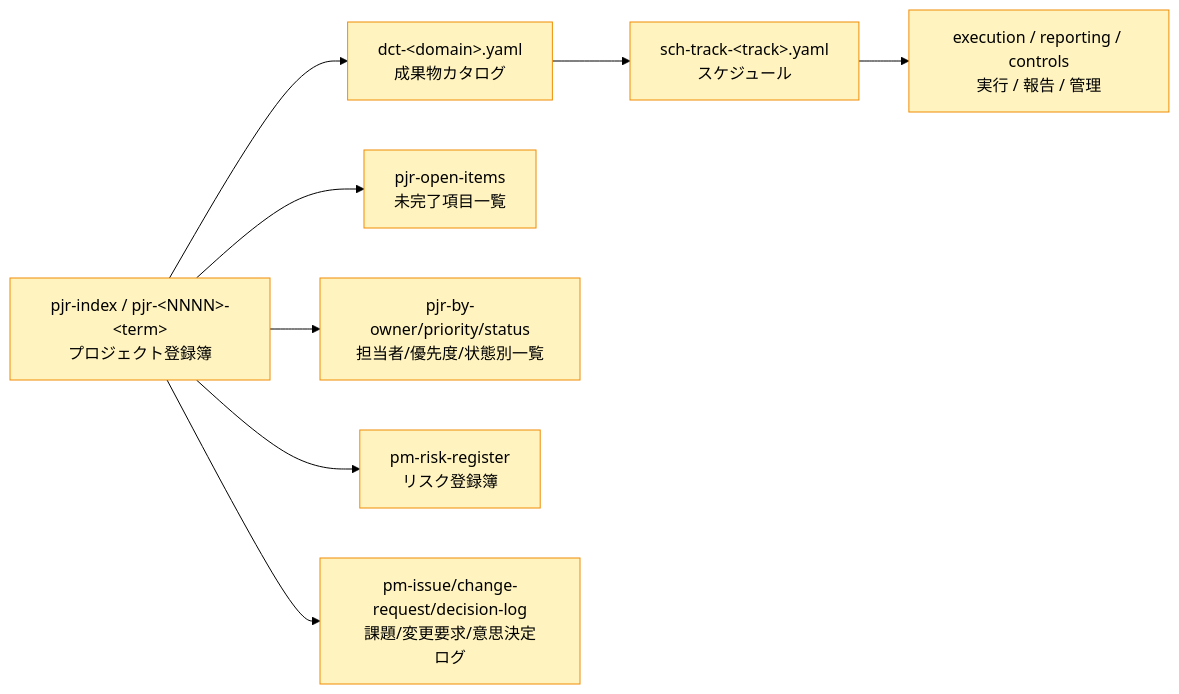
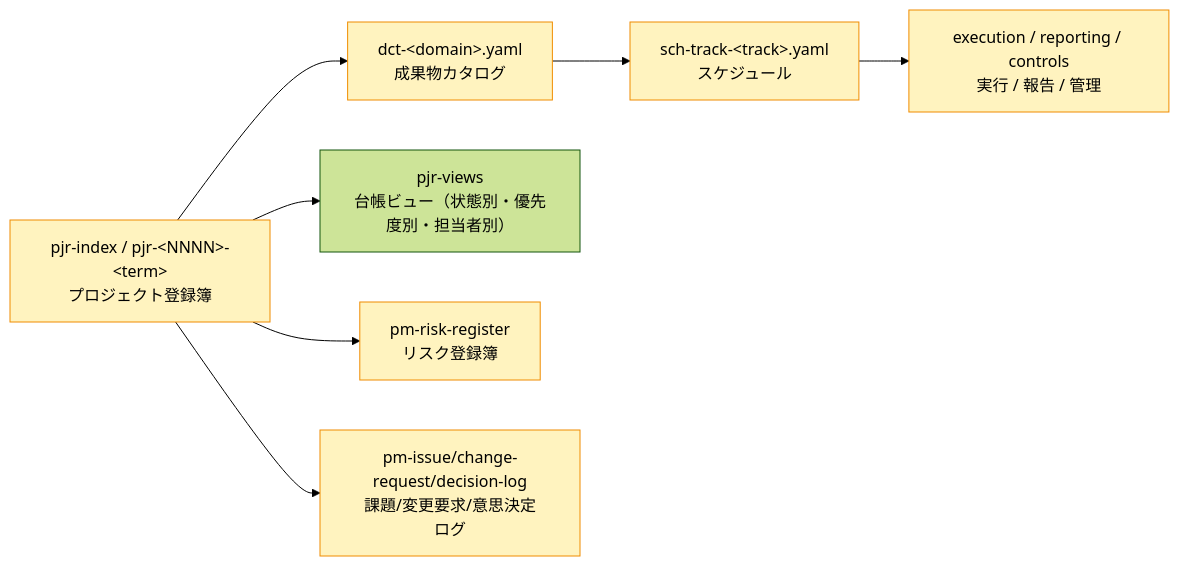
The fourth of 4 diagrams in docs/ja/specdojo/guides/docs-structure-guide.md (specdojo/specdojo), drawn with Mermaid (forest theme) before and after one commit. The commit also changed other lines of this file and 13 other files, not shown here.

````diff
--- a/docs/ja/specdojo/guides/docs-structure-guide.md
+++ b/docs/ja/specdojo/guides/docs-structure-guide.md
@@ -414,21 +411,19 @@
 ```mermaid
 flowchart LR
 
   PJR["pjr-index / pjr-&lt;NNNN&gt;-&lt;term&gt;<br/>プロジェクト登録簿"]
   DC["dct-&lt;domain&gt;.yaml<br/>成果物カタログ"]
   SCH["sch-track-&lt;track&gt;.yaml<br/>スケジュール"]
   EXE["execution / reporting / controls<br/>実行 / 報告 / 管理"]
-  POI["pjr-open-items<br/>未完了項目一覧"]
-  PB["pjr-by-owner/priority/status<br/>担当者/優先度/状態別一覧"]
+  PV["pjr-views<br/>台帳ビュー（状態別・優先度別・担当者別）"]
   PRR["pm-risk-register<br/>リスク登録簿"]
   PL["pm-issue/change-request/decision-log<br/>課題/変更要求/意思決定<br/>ログ"]
 
   PJR --> DC --> SCH --> EXE
-  PJR --> POI
-  PJR --> PB
+  PJR --> PV
   PJR --> PRR
   PJR --> PL
 
   classDef projectWise fill:#fff3bf,stroke:#f08c00,color:#000;
   class PJR,DC,SCH,EXE,POI,PB,PRR,PL projectWise;
 ```
````
